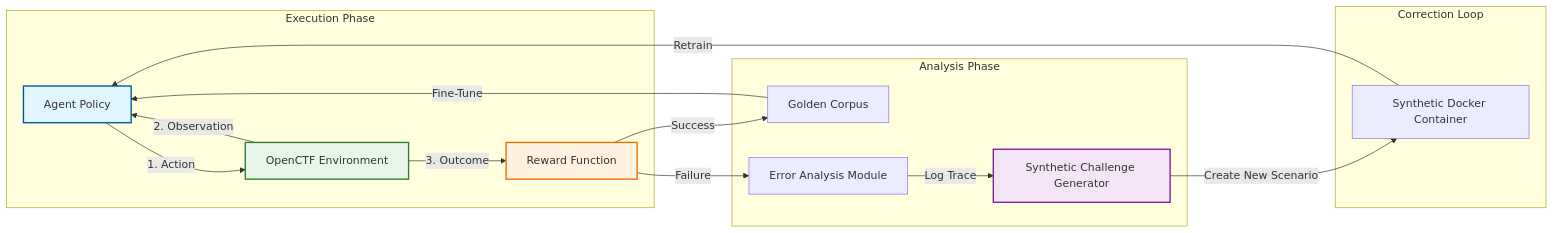
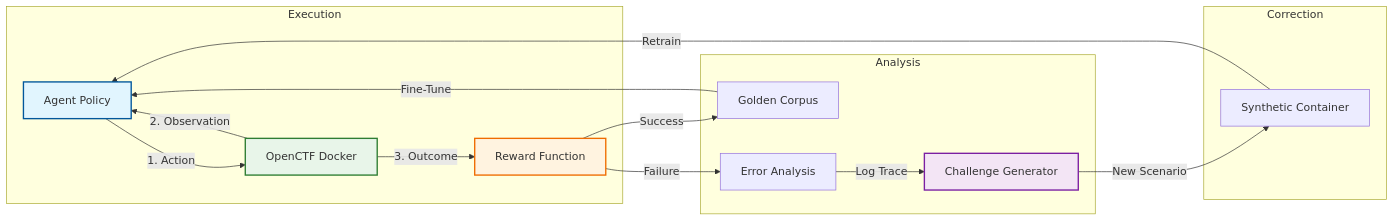
The diagram in README.md (westonbrown/open-ctf-env), drawn with Mermaid before and after one commit. The commit also changed other lines of this file, not shown here.

Commit message:
docs: rewrite strategy with Dreadnode competitive analysis and GLM-4.7-Flash base model

````diff
--- a/README.md
+++ b/README.md
@@ -172,25 +186,25 @@
 ```mermaid
 graph LR
-    subgraph Execution Phase
-        Agent[Agent Policy] -->|1. Action| Env[OpenCTF Environment]
+    subgraph Execution
+        Agent[Agent Policy] -->|1. Action| Env[OpenCTF Docker]
         Env -->|2. Observation| Agent
         Env -->|3. Outcome| Verifier[Reward Function]
     end
 
-    subgraph Analysis Phase
+    subgraph Analysis
         Verifier -->|Success| Bank[Golden Corpus]
-        Verifier -->|Failure| Analyzer[Error Analysis Module]
-        Analyzer -->|Log Trace| Generator[Synthetic Challenge Generator]
+        Verifier -->|Failure| Analyzer[Error Analysis]
+        Analyzer -->|Log Trace| Generator[Challenge Generator]
     end
 
-    subgraph Correction Loop
-        Generator -->|Create New Scenario| NewEnv[Synthetic Docker Container]
+    subgraph Correction
+        Generator -->|New Scenario| NewEnv[Synthetic Container]
         NewEnv -->|Retrain| Agent
         Bank -->|Fine-Tune| Agent
     end
 
     style Agent fill:#e1f5fe,stroke:#01579b,stroke-width:2px
     style Env fill:#e8f5e9,stroke:#2e7d32,stroke-width:2px
     style Verifier fill:#fff3e0,stroke:#ef6c00,stroke-width:2px
     style Generator fill:#f3e5f5,stroke:#7b1fa2,stroke-width:2px
 ```
````
